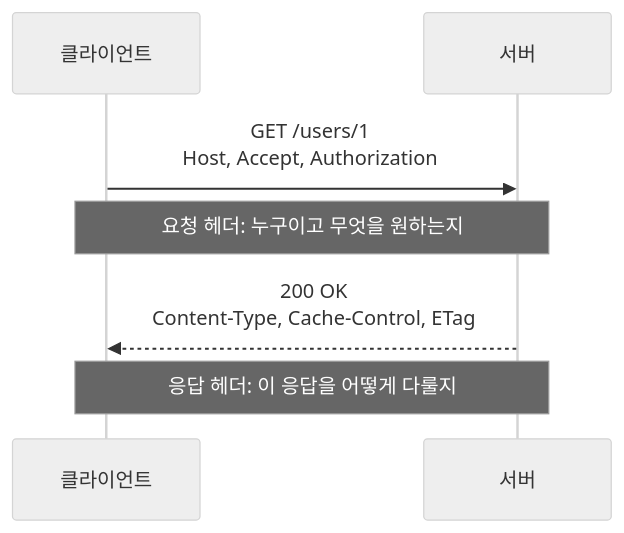
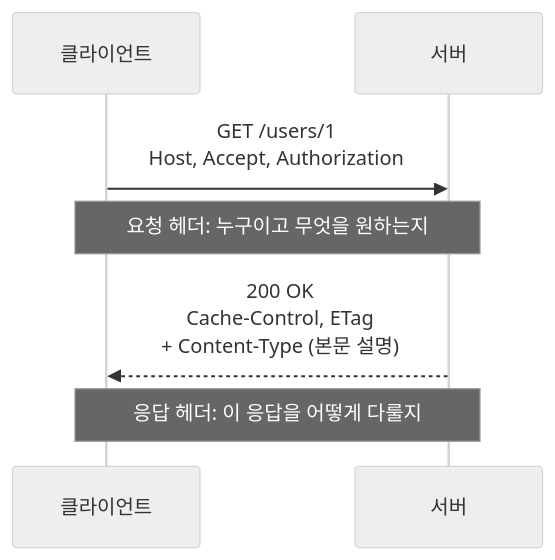
Before and after one commit to JangHwanPark/Note: the first of 3 diagrams in CS_Basic/WEB/HTTP 헤더(HTTP Headers)/README.md, drawn with Mermaid (neutral theme). The commit also changed other lines of this file, not shown here.

````diff
--- a/CS_Basic/WEB/HTTP 헤더(HTTP Headers)/README.md
+++ b/CS_Basic/WEB/HTTP 헤더(HTTP Headers)/README.md
@@ -65,9 +67,9 @@
 ```mermaid
 sequenceDiagram
     participant C as 클라이언트
     participant S as 서버
     C->>S: GET /users/1<br/>Host, Accept, Authorization
     Note over C,S: 요청 헤더: 누구이고 무엇을 원하는지
-    S-->>C: 200 OK<br/>Content-Type, Cache-Control, ETag
+    S-->>C: 200 OK<br/>Cache-Control, ETag<br/>+ Content-Type (본문 설명)
     Note over C,S: 응답 헤더: 이 응답을 어떻게 다룰지
 ```
````
